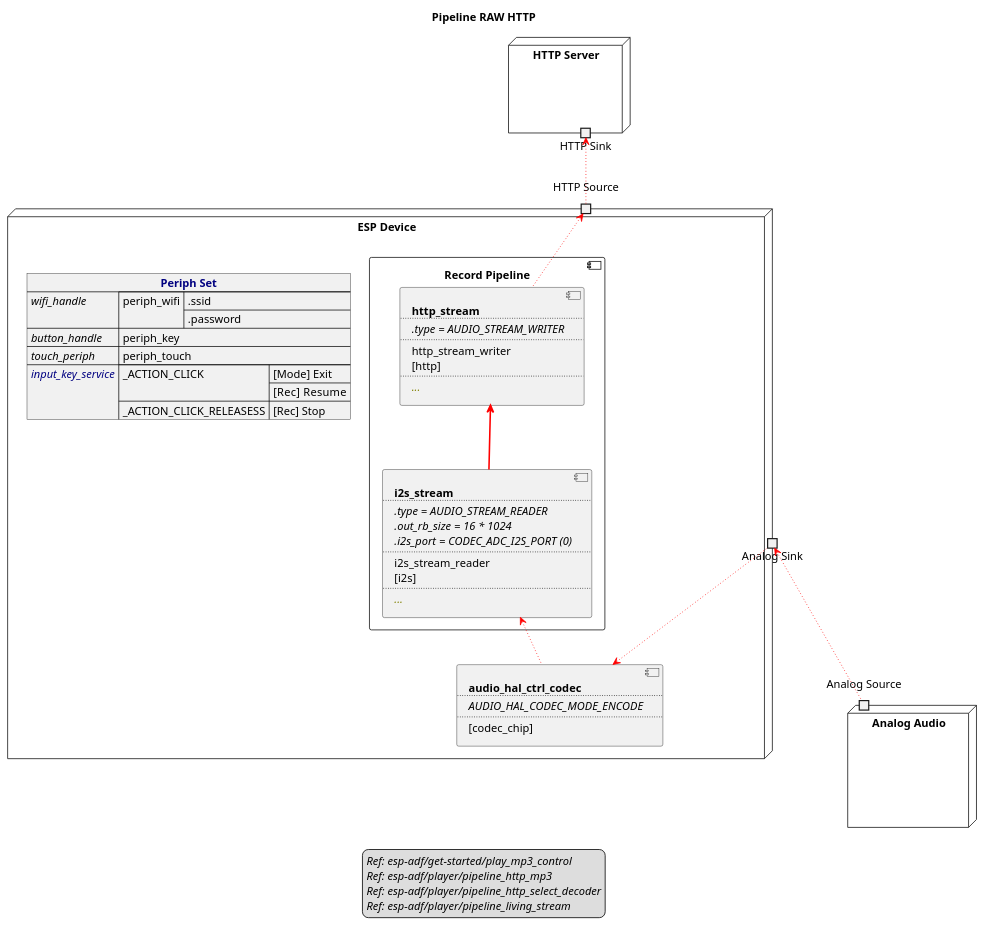
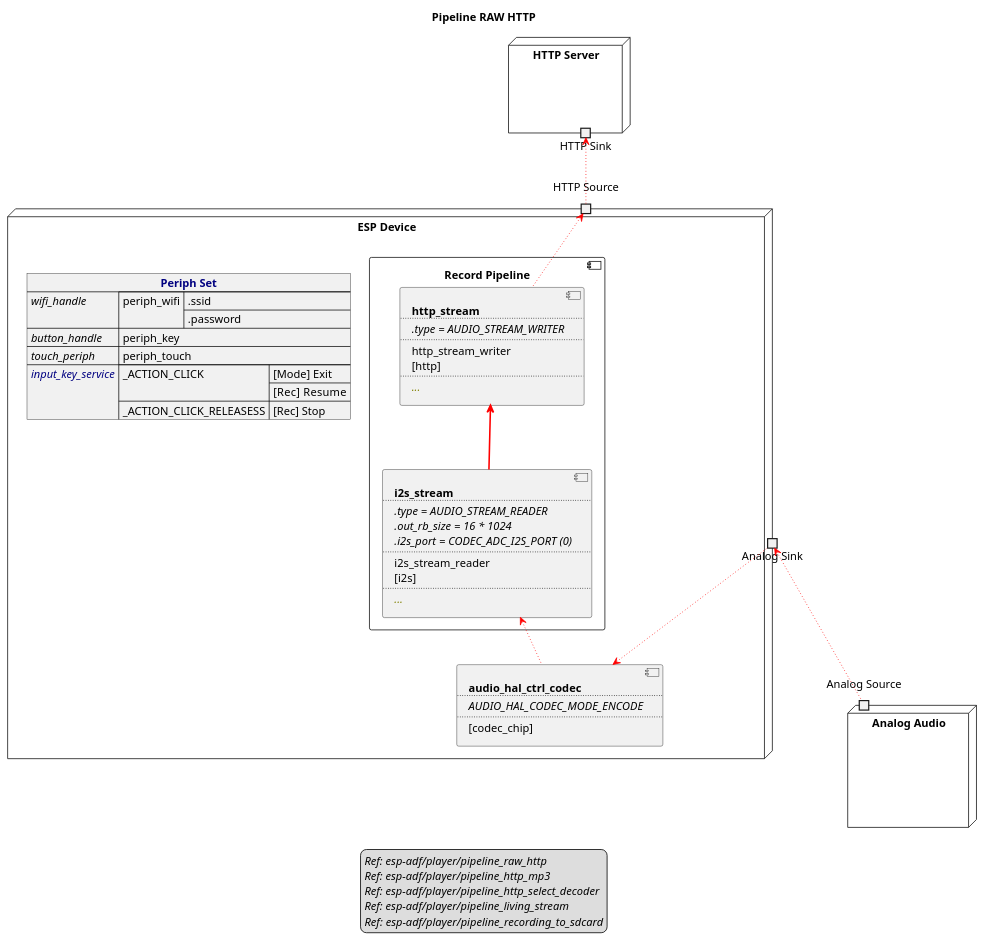
The diagram in examples/esp-adf/recorder/pipeline_raw_http/audio-stream-diagram.plantuml (liang-zhu-zi/open-audio-adapter), drawn with PlantUML before and after one commit. The commit also changed 1 other file, not shown here.

Commit message:
add audio flow chart

```diff
--- a/examples/esp-adf/recorder/pipeline_raw_http/audio-stream-diagram.plantuml
+++ b/examples/esp-adf/recorder/pipeline_raw_http/audio-stream-diagram.plantuml
@@ -1,85 +1,86 @@
 @startuml pipeline_raw_http
 title Pipeline RAW HTTP
 allowmixing
 
 legend
-//Ref: esp-adf/get-started/play_mp3_control//
+//Ref: esp-adf/player/pipeline_raw_http//
 //Ref: esp-adf/player/pipeline_http_mp3//
 //Ref: esp-adf/player/pipeline_http_select_decoder//
 //Ref: esp-adf/player/pipeline_living_stream//
+//Ref: esp-adf/player/pipeline_recording_to_sdcard//
 end legend
 
 node "HTTP Server" as HTTPServer  {
     portout "HTTP Sink" as HTTPSink
 } 
 
 node "ESP Device" as ESPDevice  {
 
     json "<b><color navy>Periph Set" as periph_set {
         "<i>wifi_handle" : {
             "periph_wifi" : [".ssid", ".password"]
         },
         "<i>button_handle": "periph_key",
         "<i>touch_periph": "periph_touch",
         "<i><color navy>input_key_service" : {
             "_ACTION_CLICK":["[Mode] Exit", 
                              "[Rec]  Resume"
             ],
             "_ACTION_CLICK_RELEASESS":"[Rec] Stop"
         }
     }    
     
     portin "HTTP Source" as HTTPSource
 
     component "Record Pipeline" as RecordPipeline {
 
         component HTTPStream [
             <b>http_stream
             ....
             <i>.type = AUDIO_STREAM_WRITER
             ....
             http_stream_writer
             [http]
             ....
             <i><color olive>...
         ]
 
         component I2SStream [
             <b>i2s_stream
             ....
             <i>.type = AUDIO_STREAM_READER
             <i>.out_rb_size = 16 * 1024
             <i>.i2s_port = CODEC_ADC_I2S_PORT (0)
             ....
             i2s_stream_reader
             [i2s]
             ....
             <i><color olive>...
         ]
     }
 
     component HALCodec [
         <b>audio_hal_ctrl_codec
         ....
         <i>AUDIO_HAL_CODEC_MODE_ENCODE
         ....
         [codec_chip]
     ]
 
     portout "Analog Sink" as AnalogSink
 } 
 
 node "Analog Audio" as AnalogAudio  {
     portin "Analog Source" as AnalogSource
 }
 
 HTTPSink   <-- HTTPSource   #line:red;line.dotted;text:red
 
 HTTPSource <-- HTTPStream   #line:red;line.dotted;text:red
 HTTPStream <-- I2SStream    #line:red;line.bold;text:red
 I2SStream  <-- HALCodec     #line:red;line.dotted;text:red
 HALCodec   <-- AnalogSink   #line:red;line.dotted;text:red
 
 AnalogSink <-- AnalogSource #line:red;line.dotted;text:red
 
 @enduml
```
